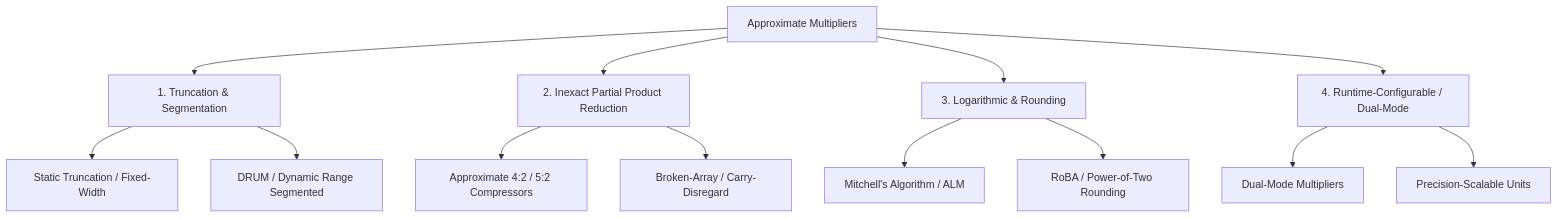
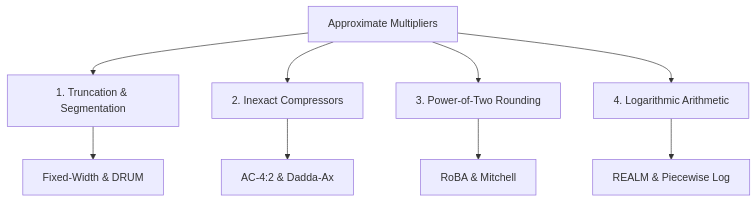
Before and after one commit to Inexact-Computing/public: the diagram in docs/taxonomy/multipliers.md, drawn with Mermaid. The commit also changed other lines of this file and 19 other files, not shown here.

````diff
--- a/docs/taxonomy/multipliers.md
+++ b/docs/taxonomy/multipliers.md
@@ -9,19 +47,12 @@
 ```mermaid
 graph TD
-    M[Approximate Multipliers] --> T1[1. Truncation & Segmentation]
-    M --> T2[2. Inexact Partial Product Reduction]
-    M --> T3[3. Logarithmic & Rounding]
-    M --> T4[4. Runtime-Configurable / Dual-Mode]
+    M[Approximate Multipliers] --> F1[1. Truncation & Segmentation]
+    M --> F2[2. Inexact Compressors]
+    M --> F3[3. Power-of-Two Rounding]
+    M --> F4[4. Logarithmic Arithmetic]
 
-    T1 --> E1[Static Truncation / Fixed-Width]
-    T1 --> E2[DRUM / Dynamic Range Segmented]
-
-    T2 --> E3[Approximate 4:2 / 5:2 Compressors]
-    T2 --> E4[Broken-Array / Carry-Disregard]
-
-    T3 --> E5[Mitchell's Algorithm / ALM]
-    T3 --> E6[RoBA / Power-of-Two Rounding]
-
-    T4 --> E7[Dual-Mode Multipliers]
-    T4 --> E8[Precision-Scalable Units]
+    F1 --> D1[Fixed-Width & DRUM]
+    F2 --> D2[AC-4:2 & Dadda-Ax]
+    F3 --> D3[RoBA & Mitchell]
+    F4 --> D4[REALM & Piecewise Log]
 ```
````
